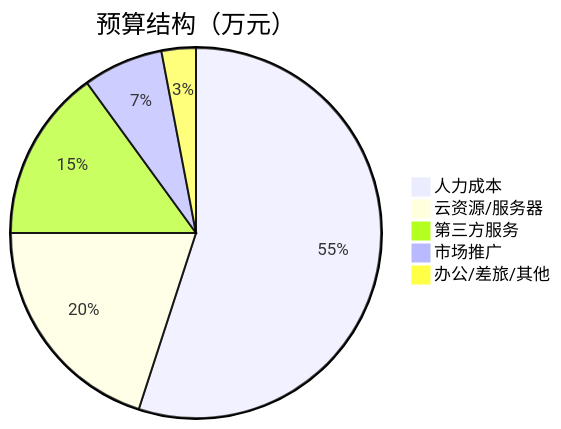
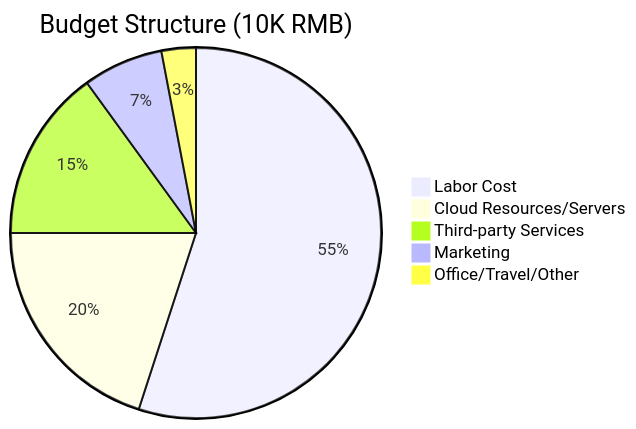
Before and after one commit to Kirky-X/cangjie: the eighth of 11 diagrams in templates/产品/战略层/【模板】项目任务书.md, drawn with Mermaid. The commit also changed other lines of this file and 60 other files, not shown here.

````diff
--- a/templates/产品/战略层/【模板】项目任务书.md
+++ b/templates/产品/战略层/【模板】项目任务书.md
@@ -412,8 +412,8 @@
 ```mermaid
-pie title 预算结构（万元）
-    "人力成本" : 55
-    "云资源/服务器" : 20
-    "第三方服务" : 15
-    "市场推广" : 7
-    "办公/差旅/其他" : 3
+pie title Budget Structure (10K RMB)
+    "Labor Cost" : 55
+    "Cloud Resources/Servers" : 20
+    "Third-party Services" : 15
+    "Marketing" : 7
+    "Office/Travel/Other" : 3
 ```
````
